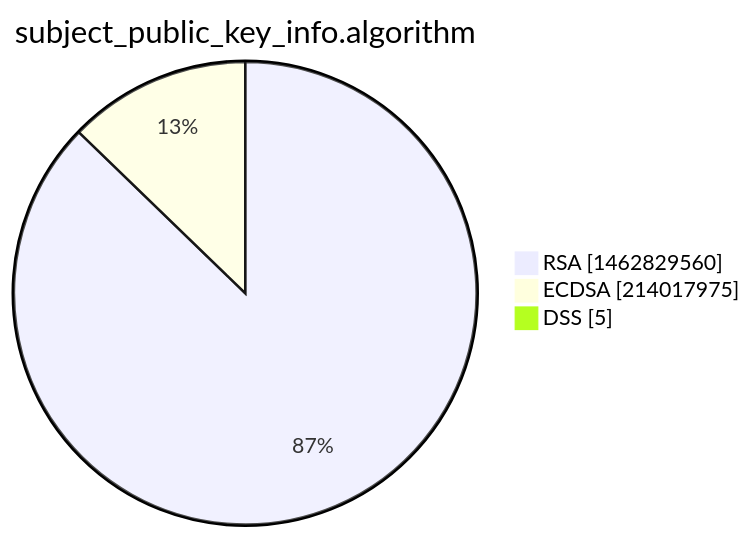
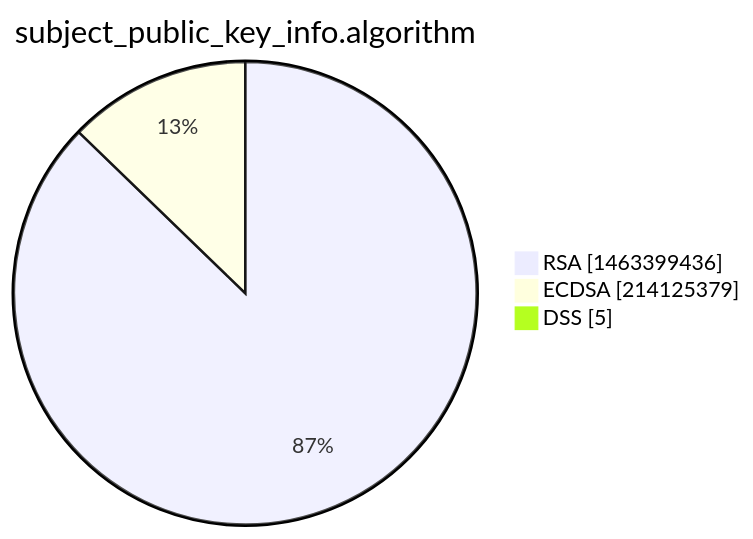
The third of 15 diagrams in xenon2022/README.md (christiankrug/ctmonitor_visualization), drawn with Mermaid before and after one commit. The commit also changed other lines of this file, not shown here.

````diff
--- a/xenon2022/README.md
+++ b/xenon2022/README.md
@@ -14,7 +14,7 @@
 ```mermaid
 pie showData
 title subject_public_key_info.algorithm
-"RSA" :1462829560
-"ECDSA" :214017975
+"RSA" :1463399436
+"ECDSA" :214125379
 "DSS" :5
 ```
````
